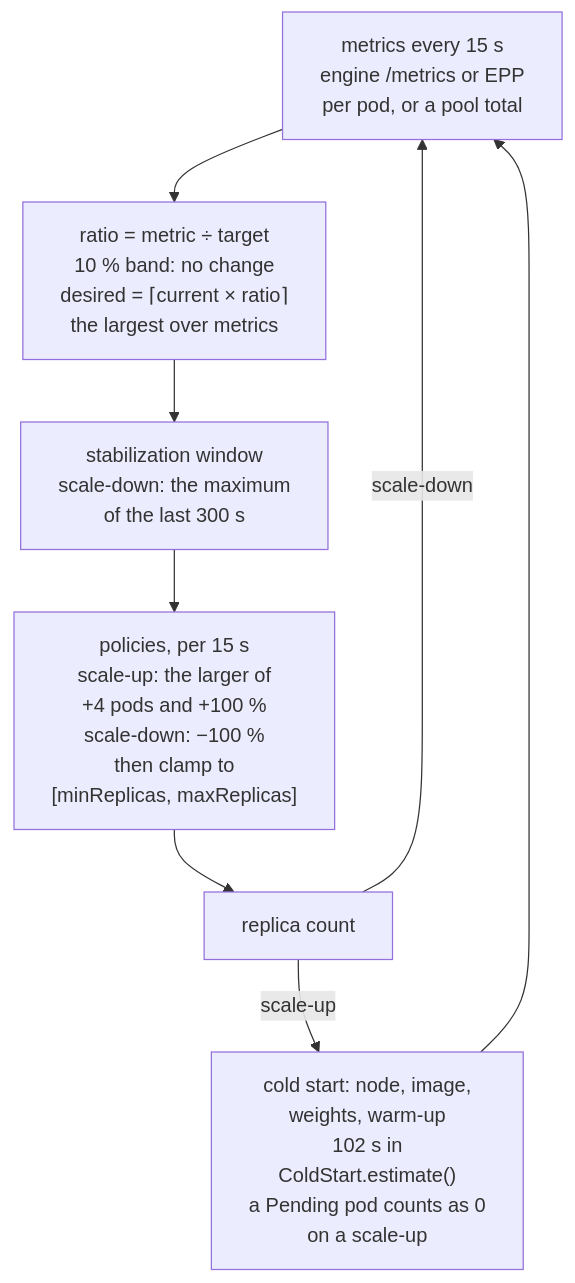
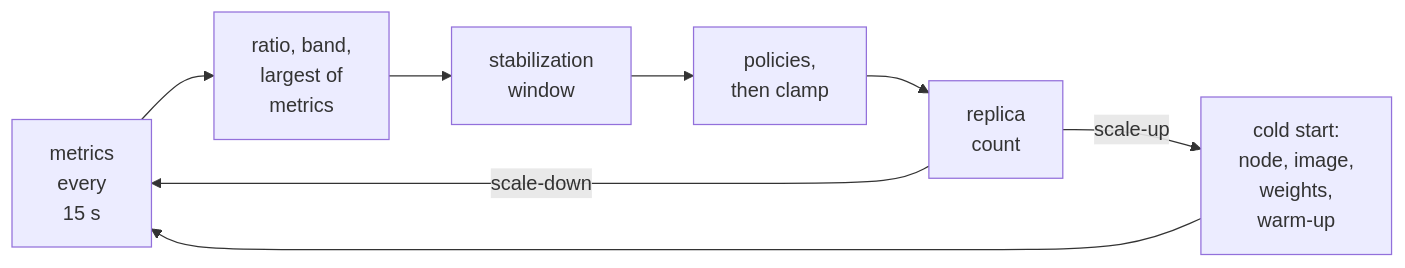
Before and after one commit to aniryou/full-stack-agentic-engineer: the second of 3 diagrams in 05-orchestrator/serving-orchestration/PRIMER.md, drawn with Mermaid. The commit also changed other lines of this file and 633 other files, not shown here.

First line of the commit message:
Accessible language and one-screen figures, part 1: every figure fits a screen, the STE second pass over the layers (#53)

````diff
--- a/05-orchestrator/serving-orchestration/PRIMER.md
+++ b/05-orchestrator/serving-orchestration/PRIMER.md
@@ -460,10 +462,10 @@
 ```mermaid
-flowchart TB
-    M["metrics every 15 s<br/>engine /metrics or EPP<br/>per pod, or a pool total"] --> R["ratio = metric ÷ target<br/>10 % band: no change<br/>desired = ⌈current × ratio⌉<br/>the largest over metrics"]
-    R --> S["stabilization window<br/>scale-down: the maximum<br/>of the last 300 s"]
-    S --> P["policies, per 15 s<br/>scale-up: the larger of<br/>+4 pods and +100 %<br/>scale-down: −100 %<br/>then clamp to<br/>[minReplicas, maxReplicas]"]
-    P --> N["replica count"]
-    N -- "scale-up" --> K["cold start: node, image,<br/>weights, warm-up<br/>102 s in<br/>ColdStart.estimate()<br/>a Pending pod counts as 0<br/>on a scale-up"]
+flowchart LR
+    M["metrics<br/>every<br/>15 s"] --> R["ratio, band,<br/>largest of<br/>metrics"]
+    R --> S["stabilization<br/>window"]
+    S --> P["policies,<br/>then clamp"]
+    P --> N["replica<br/>count"]
+    N -- "scale-up" --> K["cold start:<br/>node, image,<br/>weights,<br/>warm-up"]
     K --> M
     N -- "scale-down" --> M
 ```
````
